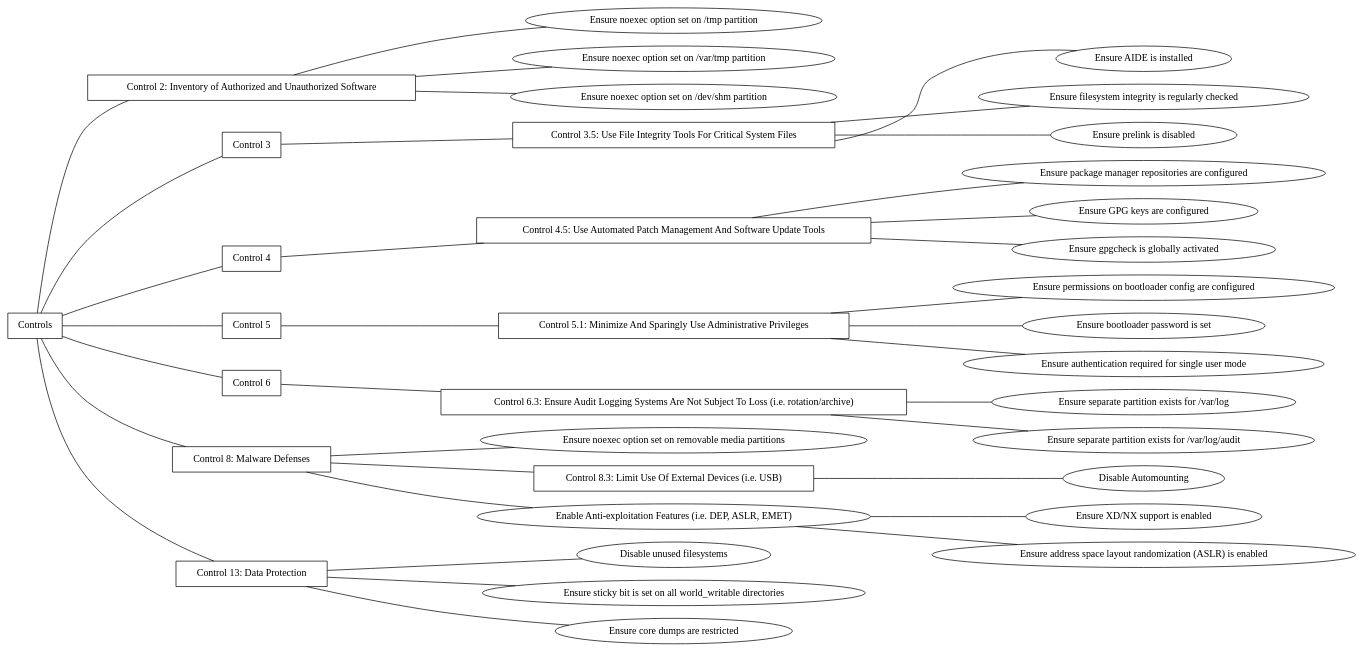
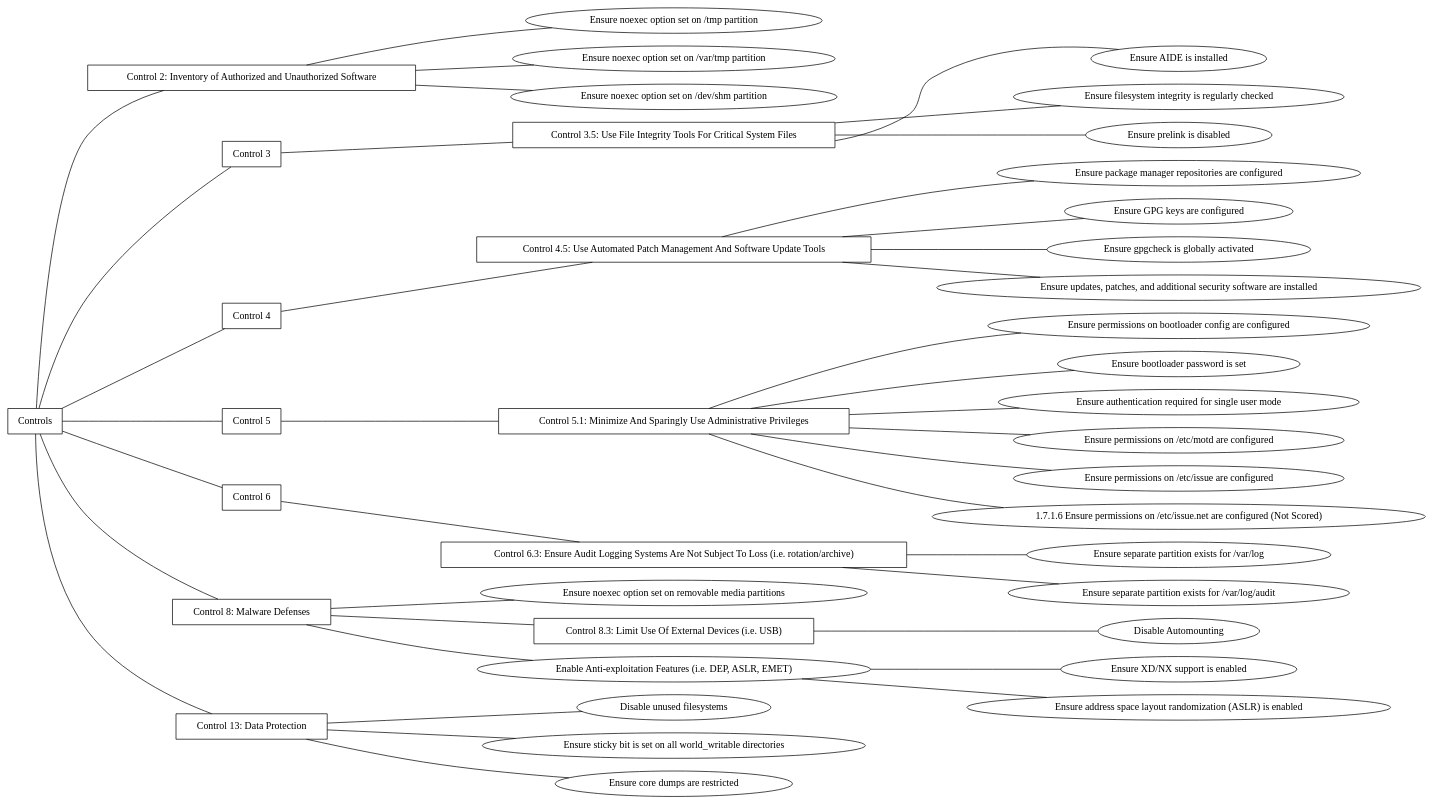
The diagram in control-examples.dot (cyber-range/cis-controls), drawn with Graphviz before and after one commit. The commit also changed 1 other file, not shown here.

```diff
--- a/control-examples.dot
+++ b/control-examples.dot
@@ -1,87 +1,95 @@
 graph controls {
     rankdir=LR;
 
     controls [label="Controls", shape=box]
 
     control_2 [label="Control 2: Inventory of Authorized and Unauthorized Software", shape=box]
     controls -- control_2
 
     tmp_noexec [label="Ensure noexec option set on /tmp partition"]
     control_2 -- tmp_noexec
     var_tmp_noexec [label="Ensure noexec option set on /var/tmp partition"]
     control_2 -- var_tmp_noexec
     dev_shm_noexec [label="Ensure noexec option set on /dev/shm partition"]
     control_2 -- dev_shm_noexec
 
     control_3 [label="Control 3", shape=box]
     controls -- control_3
 
     control_3_5 [label="Control 3.5: Use File Integrity Tools For Critical System Files", shape=box]
     control_3 -- control_3_5
     install_AIDE [label="Ensure AIDE is installed"]
     control_3_5 -- install_AIDE
     integrity_check [label="Ensure filesystem integrity is regularly checked"]
     control_3_5 -- integrity_check
     prelink [label="Ensure prelink is disabled"]
     control_3_5 -- prelink
 
     control_4 [label="Control 4", shape=box]
     controls -- control_4
 
     control_4_5 [label="Control 4.5: Use Automated Patch Management And Software Update Tools", shape=box]
     control_4 -- control_4_5
     config_yum [label="Ensure package manager repositories are configured"]
     control_4_5 -- config_yum
     yum_gpg [label="Ensure GPG keys are configured"]
     control_4_5 -- yum_gpg
     yum_gpg_check [label="Ensure gpgcheck is globally activated"]
     control_4_5 -- yum_gpg_check
+    yum_security_update [label="Ensure updates, patches, and additional security software are installed"]
+    control_4_5 -- yum_security_update
 
     control_5 [label="Control 5", shape=box]
     controls -- control_5
 
     control_5_1 [label="Control 5.1: Minimize And Sparingly Use Administrative Privileges", shape=box]
     control_5 -- control_5_1
     bootloader_perms [label="Ensure permissions on bootloader config are configured"]
     control_5_1 -- bootloader_perms
     bootloader_passwd [label="Ensure bootloader password is set"]
     control_5_1 -- bootloader_passwd
     single_user_mode_auth [label="Ensure authentication required for single user mode"]
     control_5_1 -- single_user_mode_auth
+    etc_motd_perms [label="Ensure permissions on /etc/motd are configured"]
+    control_5_1 -- etc_motd_perms
+    etc_issue_perms [label="Ensure permissions on /etc/issue are configured"]
+    control_5_1 -- etc_issue_perms
+    etc_issuenet_perms [label="1.7.1.6 Ensure permissions on /etc/issue.net are configured (Not Scored)"]
+    control_5_1 -- etc_issuenet_perms
 
     control_6 [label="Control 6", shape=box]
     controls -- control_6
 
     control_6_3 [label="Control 6.3: Ensure Audit Logging Systems Are Not Subject To Loss (i.e. rotation/archive)", shape=box]
     control_6 -- control_6_3
     var_log_partition [label="Ensure separate partition exists for /var/log"]
     control_6_3 -- var_log_partition
     var_log_audit_partition [label="Ensure separate partition exists for /var/log/audit"]
     control_6_3 -- var_log_audit_partition
 
     control_8 [label="Control 8: Malware Defenses", shape=box]
     controls -- control_8
     removable_media_noexec [label="Ensure noexec option set on removable media partitions"]
     control_8 -- removable_media_noexec
 
     control_8_3  [label="Control 8.3: Limit Use Of External Devices (i.e. USB)", shape=box]
     control_8 -- control_8_3
     disable_automounting [label="Disable Automounting"]
     control_8_3 -- disable_automounting
 
     control_8_4 [label="Enable Anti-exploitation Features (i.e. DEP, ASLR, EMET)"]
     control_8 -- control_8_4
     no_execute [label="Ensure XD/NX support is enabled"]
     control_8_4 -- no_execute
     aslr [label="Ensure address space layout randomization (ASLR) is enabled"]
     control_8_4 -- aslr
 
     control_13 [label="Control 13: Data Protection", shape=box]
     controls -- control_13
     disbale_fs [label="Disable unused filesystems"]
     control_13 -- disbale_fs
     sticky_bit [label="Ensure sticky bit is set on all world_writable directories"]
     control_13 -- sticky_bit
     core_dump [label="Ensure core dumps are restricted"]
     control_13 -- core_dump
 }
```
